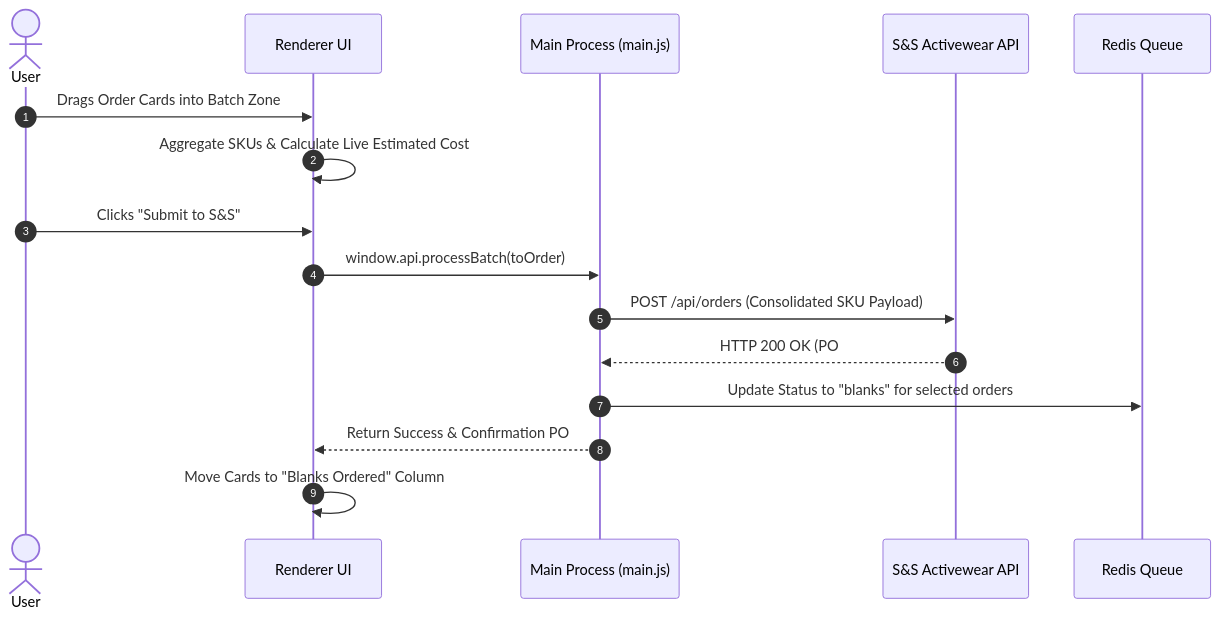
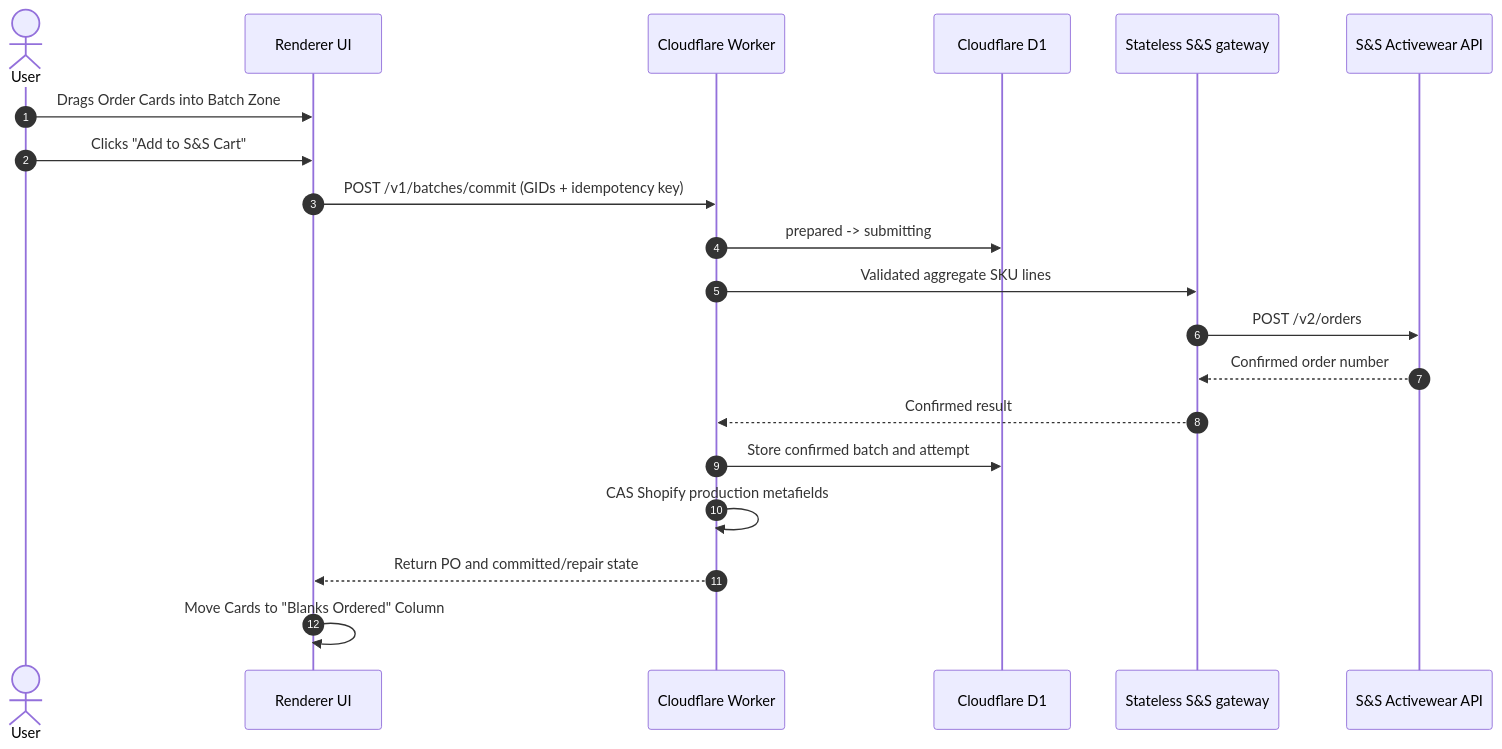
The diagram in docs/official-docs/workflows/blanks-batching.md (personman1234567/PrintMO-Order-Management), drawn with Mermaid before and after one commit. The commit also changed other lines of this file and 27 other files, not shown here.

````diff
--- a/docs/official-docs/workflows/blanks-batching.md
+++ b/docs/official-docs/workflows/blanks-batching.md
@@ -21,19 +21,23 @@
 ```mermaid
 sequenceDiagram
     autonumber
     actor User
     participant UI as Renderer UI
-    participant Main as Main Process (main.js)
+    participant Worker as Cloudflare Worker
+    participant D1 as Cloudflare D1
+    participant Gateway as Stateless S&S gateway
     participant SS as S&S Activewear API
-    participant Redis as Redis Queue
 
     User->>UI: Drags Order Cards into Batch Zone
-    UI->>UI: Aggregate SKUs & Calculate Live Estimated Cost
-    User->>UI: Clicks "Submit to S&S"
-    UI->>Main: window.api.processBatch(toOrder)
-    Main->>SS: POST /api/orders (Consolidated SKU Payload)
-    SS-->>Main: HTTP 200 OK (PO # / Confirmation)
-    Main->>Redis: Update Status to "blanks" for selected orders
-    Main-->>UI: Return Success & Confirmation PO #
+    User->>UI: Clicks "Add to S&S Cart"
+    UI->>Worker: POST /v1/batches/commit (GIDs + idempotency key)
+    Worker->>D1: prepared -> submitting
+    Worker->>Gateway: Validated aggregate SKU lines
+    Gateway->>SS: POST /v2/orders
+    SS-->>Gateway: Confirmed order number
+    Gateway-->>Worker: Confirmed result
+    Worker->>D1: Store confirmed batch and attempt
+    Worker->>Worker: CAS Shopify production metafields
+    Worker-->>UI: Return PO and committed/repair state
     UI->>UI: Move Cards to "Blanks Ordered" Column
 ```
````
